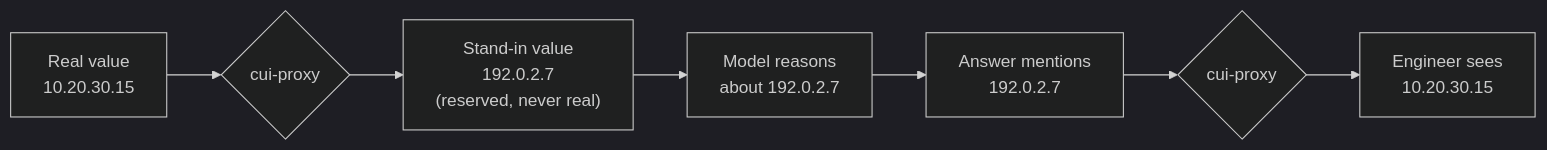
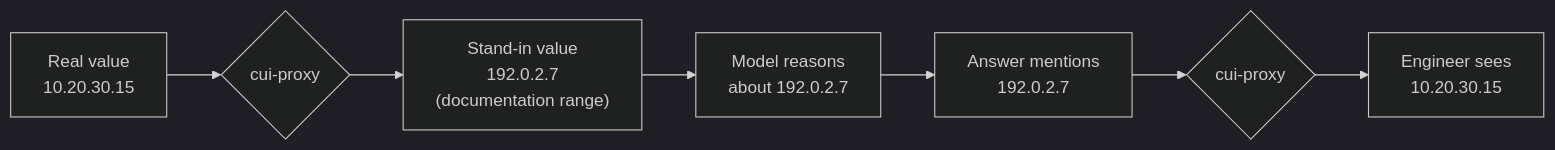
One commit to rozdolsky33/cui-proxy changed the second of 6 diagrams in EXECUTIVE-OVERVIEW.md. Above: the diagram before and after it, drawn with Mermaid (dark theme). The commit also changed other lines of this file and 12 other files, not shown here.

````diff
--- a/EXECUTIVE-OVERVIEW.md
+++ b/EXECUTIVE-OVERVIEW.md
@@ -100,9 +100,9 @@
 ```mermaid
 flowchart LR
     real["Real value<br/>10.20.30.15"] --> proxy{"cui-proxy"}
-    proxy --> fake["Stand-in value<br/>192.0.2.7<br/>(reserved, never real)"]
+    proxy --> fake["Stand-in value<br/>192.0.2.7<br/>(documentation range)"]
     fake --> model["Model reasons<br/>about 192.0.2.7"]
     model --> back["Answer mentions<br/>192.0.2.7"]
     back --> proxy2{"cui-proxy"}
     proxy2 --> out["Engineer sees<br/>10.20.30.15"]
 ```
````
